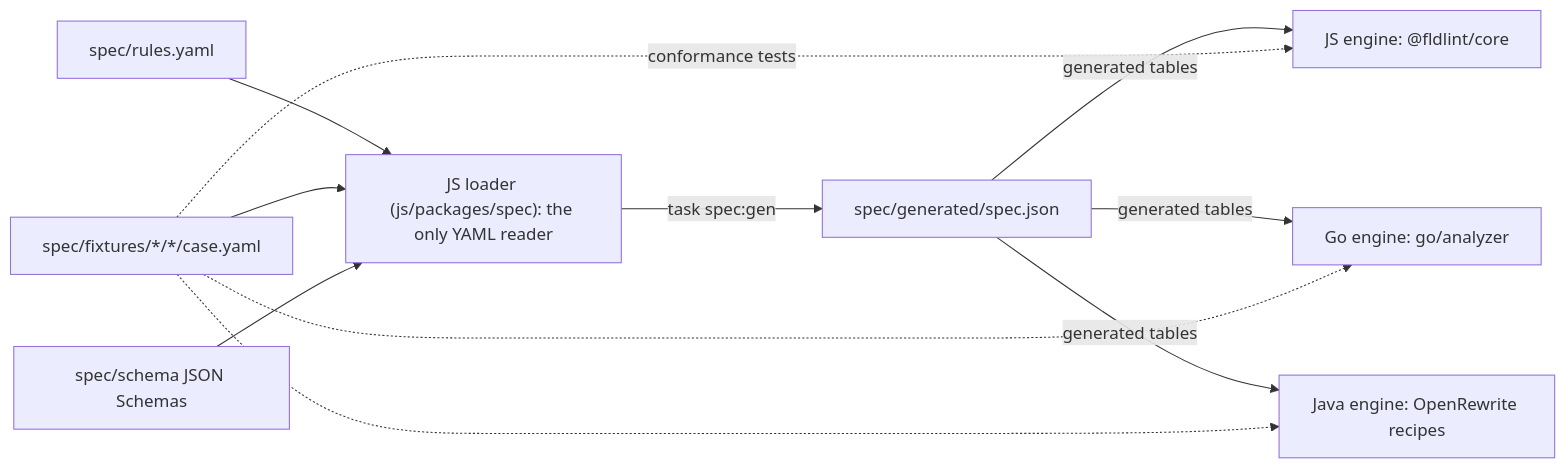
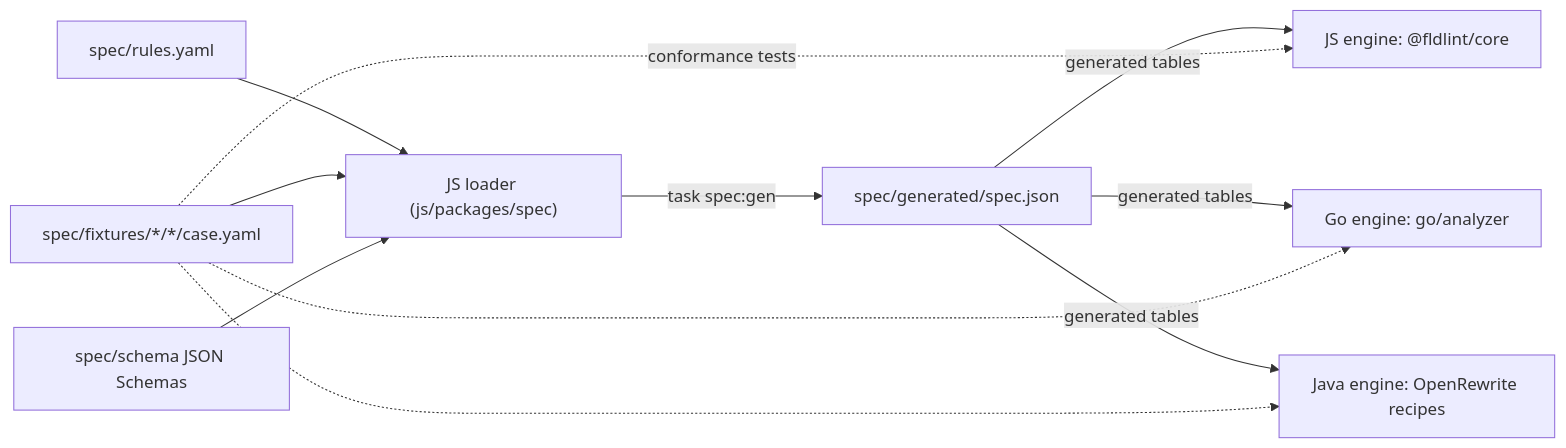
The first of 2 diagrams in README.md (jh125486/fldlint), drawn with Mermaid before and after one commit. The commit also changed other lines of this file and 2 other files, not shown here.

````diff
--- a/README.md
+++ b/README.md
@@ -175,13 +185,13 @@
 ```mermaid
 flowchart LR
-  rules["spec/rules.yaml"] --> loader["JS loader (js/packages/spec): the only YAML reader"]
+  rules["spec/rules.yaml"] --> loader["JS loader (js/packages/spec)"]
   cases["spec/fixtures/*/*/case.yaml"] --> loader
   schema["spec/schema JSON Schemas"] --> loader
   loader -->|"task spec:gen"| json["spec/generated/spec.json"]
   json -->|"generated tables"| js["JS engine: @fldlint/core"]
   json -->|"generated tables"| go["Go engine: go/analyzer"]
   json -->|"generated tables"| java["Java engine: OpenRewrite recipes"]
   cases -.->|"conformance tests"| js
   cases -.-> go
   cases -.-> java
 ```
````
